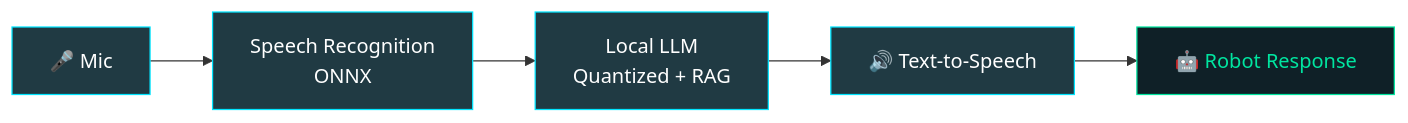
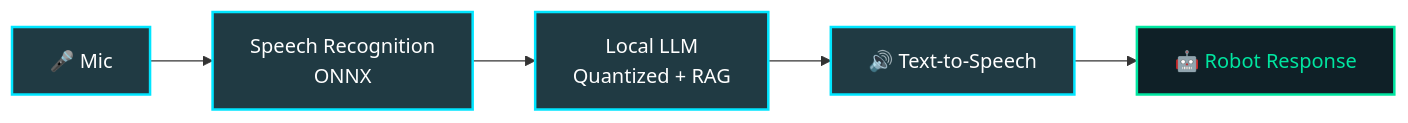
Before and after one commit to Rehandra145/Rehandra145: the diagram in README.md, drawn with Mermaid. The commit also changed other lines of this file, not shown here.

````diff
--- a/README.md
+++ b/README.md
@@ -88,12 +100,12 @@
 ```mermaid
 flowchart LR
     A[🎤 Mic] --> B[Speech Recognition<br/>ONNX]
     B --> C[Local LLM<br/>Quantized + RAG]
     C --> D[🔊 Text-to-Speech]
     D --> E[🤖 Robot Response]
-    style A fill:#203a43,color:#fff,stroke:#00e5ff
-    style B fill:#203a43,color:#fff,stroke:#00e5ff
-    style C fill:#203a43,color:#fff,stroke:#00e5ff
-    style D fill:#203a43,color:#fff,stroke:#00e5ff
-    style E fill:#0f2027,color:#00e5a0,stroke:#00e5a0
+    style A fill:#203a43,color:#fff,stroke:#00e5ff,stroke-width:2px
+    style B fill:#203a43,color:#fff,stroke:#00e5ff,stroke-width:2px
+    style C fill:#203a43,color:#fff,stroke:#00e5ff,stroke-width:2px
+    style D fill:#203a43,color:#fff,stroke:#00e5ff,stroke-width:2px
+    style E fill:#0f2027,color:#00e5a0,stroke:#00e5a0,stroke-width:2px
 ```
````
